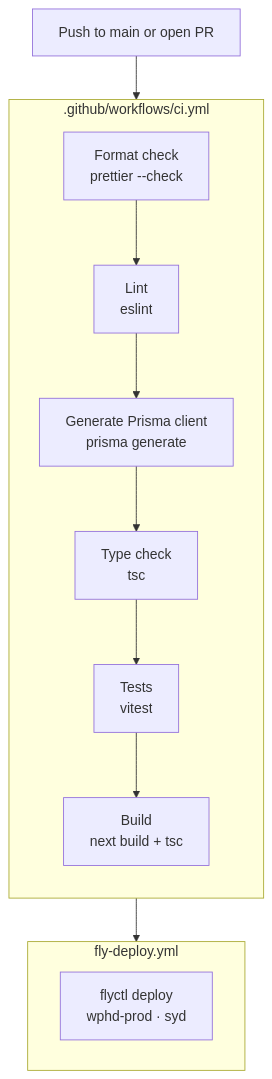
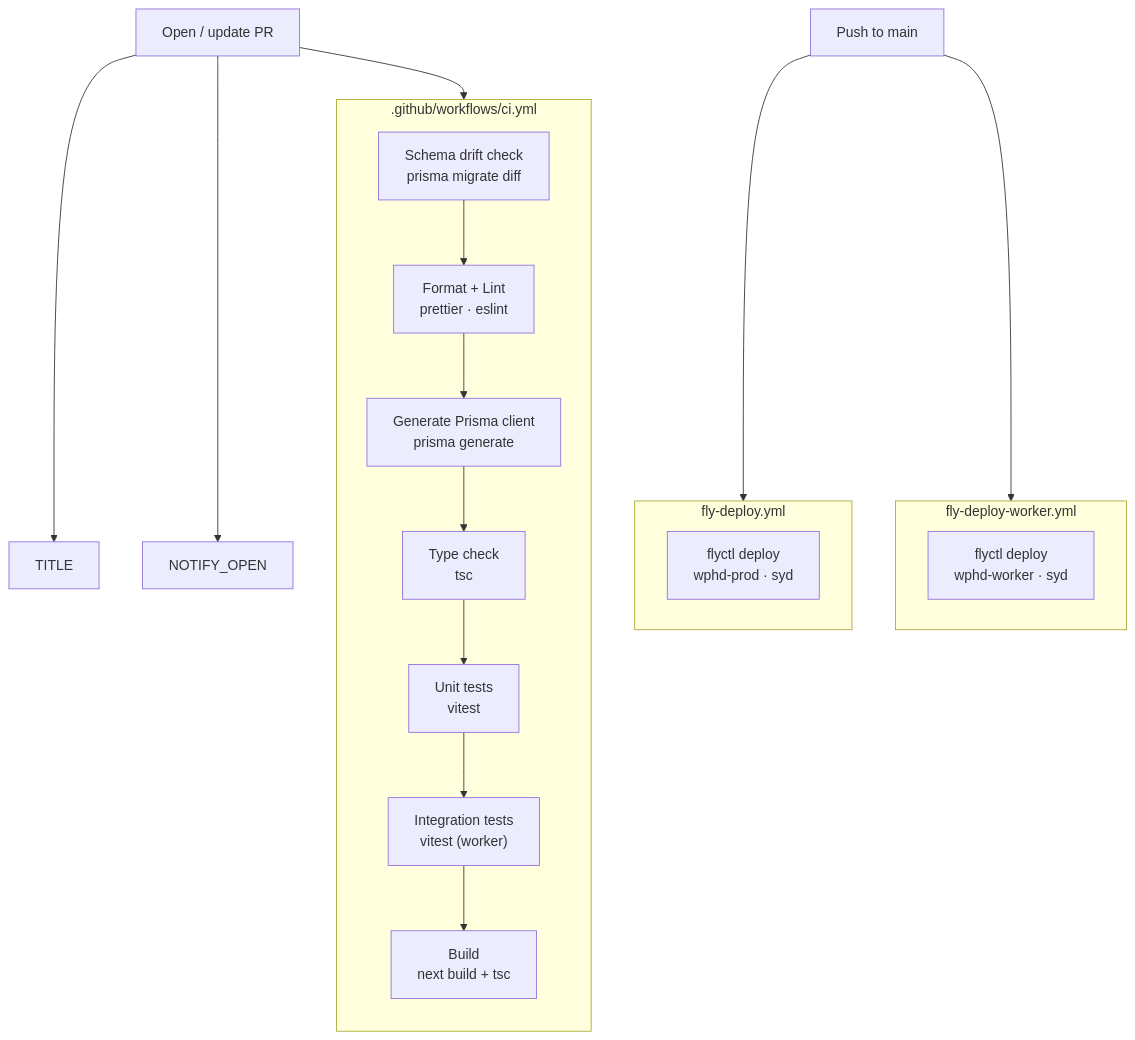
One commit to UoaWDCC/projects-health-dashboard changed the diagram in docs/ci-cd.md. Above: the diagram before and after it, drawn with Mermaid. The commit also changed other lines of this file, not shown here.

````diff
--- a/docs/ci-cd.md
+++ b/docs/ci-cd.md
@@ -10,22 +17,25 @@
 ```mermaid
 flowchart TD
-    PUSH["Push to main or open PR"] --> CI
+    PR["Open / update PR"] --> SCHEMA & TITLE & NOTIFY_OPEN
 
     subgraph CI [".github/workflows/ci.yml"]
         direction TB
-        FMT["Format check<br/>prettier --check"]
-        LINT["Lint<br/>eslint"]
-        GEN["Generate Prisma client<br/>prisma generate"]
-        TC["Type check<br/>tsc"]
-        TEST["Tests<br/>vitest"]
-        BUILD["Build<br/>next build + tsc"]
-
-        FMT --> LINT --> GEN --> TC --> TEST --> BUILD
+        SCHEMA["Schema drift check<br/>prisma migrate diff"]
+        SCHEMA --> LINT_FMT["Format + Lint<br/>prettier · eslint"]
+        LINT_FMT --> GEN["Generate Prisma client<br/>prisma generate"]
+        GEN --> TC["Type check<br/>tsc"]
+        TC --> TEST["Unit tests<br/>vitest"]
+        TEST --> INT["Integration tests<br/>vitest (worker)"]
+        INT --> BUILD["Build<br/>next build + tsc"]
     end
 
-    CI --> DEPLOY
+    PUSH["Push to main"] --> WEB_DEPLOY & WORKER_DEPLOY
 
-    subgraph DEPLOY ["fly-deploy.yml"]
-        FLY["flyctl deploy<br/>wphd-prod · syd"]
+    subgraph WEB_DEPLOY ["fly-deploy.yml"]
+        FLY_WEB["flyctl deploy<br/>wphd-prod · syd"]
+    end
+
+    subgraph WORKER_DEPLOY ["fly-deploy-worker.yml"]
+        FLY_WORKER["flyctl deploy<br/>wphd-worker · syd"]
     end
 ```
````
